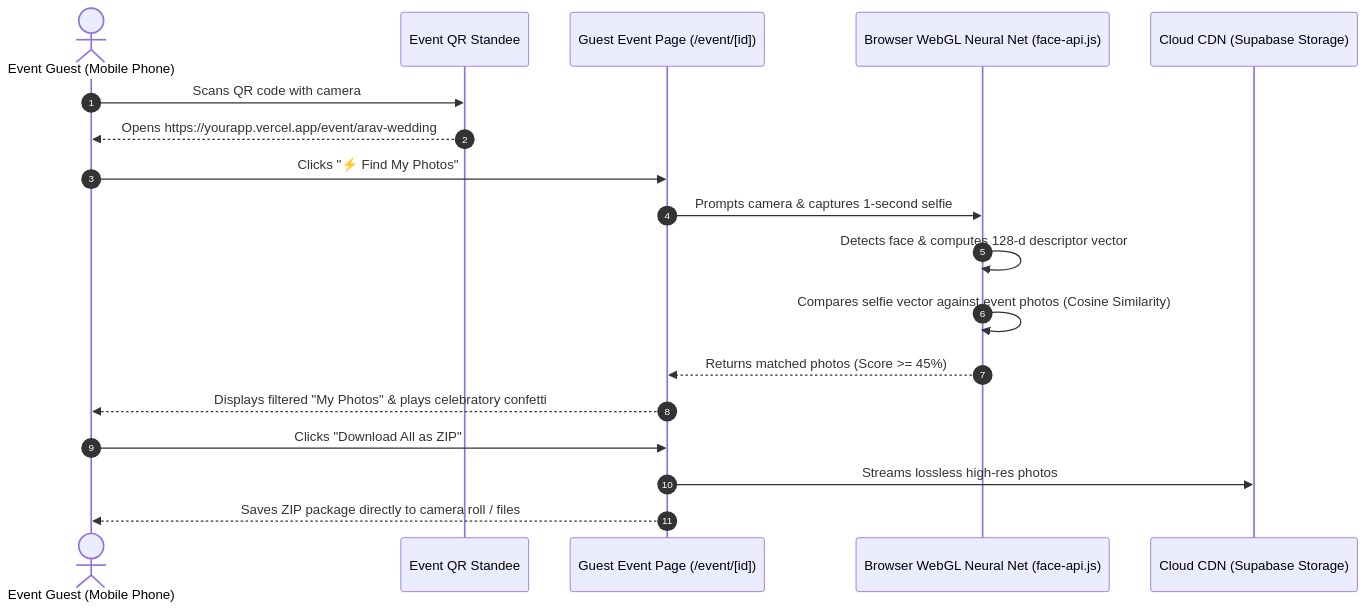
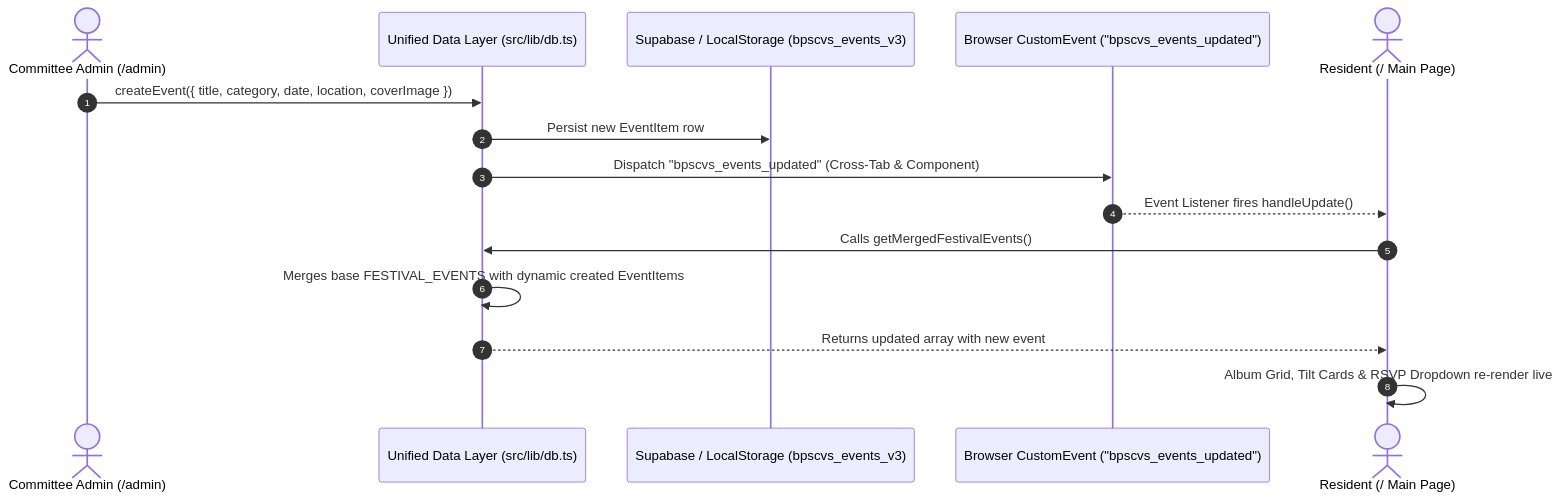
The first of 3 diagrams in SYSTEM_ARCHITECTURE_AND_CODE_GUIDE.md (armmann9/photouploader), drawn with Mermaid before and after one commit. The commit also changed other lines of this file and 18 other files, not shown here.

````diff
--- a/SYSTEM_ARCHITECTURE_AND_CODE_GUIDE.md
+++ b/SYSTEM_ARCHITECTURE_AND_CODE_GUIDE.md
@@ -40,21 +47,18 @@
 ```mermaid
 sequenceDiagram
     autonumber
-    actor Guest as Event Guest (Mobile Phone)
-    participant QR as Event QR Standee
-    participant Gallery as Guest Event Page (/event/[id])
-    participant AI as Browser WebGL Neural Net (face-api.js)
-    participant CDN as Cloud CDN (Supabase Storage)
+    actor Admin as Committee Admin (/admin)
+    participant DB as Unified Data Layer (src/lib/db.ts)
+    participant Cloud as Supabase / LocalStorage (bpscvs_events_v3)
+    participant Bus as Browser CustomEvent ("bpscvs_events_updated")
+    actor Resident as Resident (/ Main Page)
 
-    Guest->>QR: Scans QR code with camera
-    QR-->>Guest: Opens https://yourapp.vercel.app/event/arav-wedding
-    Guest->>Gallery: Clicks "⚡ Find My Photos"
-    Gallery->>AI: Prompts camera & captures 1-second selfie
-    AI->>AI: Detects face & computes 128-d descriptor vector
-    AI->>AI: Compares selfie vector against event photos (Cosine Similarity)
-    AI-->>Gallery: Returns matched photos (Score >= 45%)
-    Gallery-->>Guest: Displays filtered "My Photos" & plays celebratory confetti
-    Guest->>Gallery: Clicks "Download All as ZIP"
-    Gallery->>CDN: Streams lossless high-res photos
-    Gallery-->>Guest: Saves ZIP package directly to camera roll / files
+    Admin->>DB: createEvent({ title, category, date, location, coverImage })
+    DB->>Cloud: Persist new EventItem row
+    DB->>Bus: Dispatch "bpscvs_events_updated" (Cross-Tab & Component)
+    Bus-->>Resident: Event Listener fires handleUpdate()
+    Resident->>DB: Calls getMergedFestivalEvents()
+    DB->>DB: Merges base FESTIVAL_EVENTS with dynamic created EventItems
+    DB-->>Resident: Returns updated array with new event
+    Resident->>Resident: Album Grid, Tilt Cards & RSVP Dropdown re-render live
 ```
````
